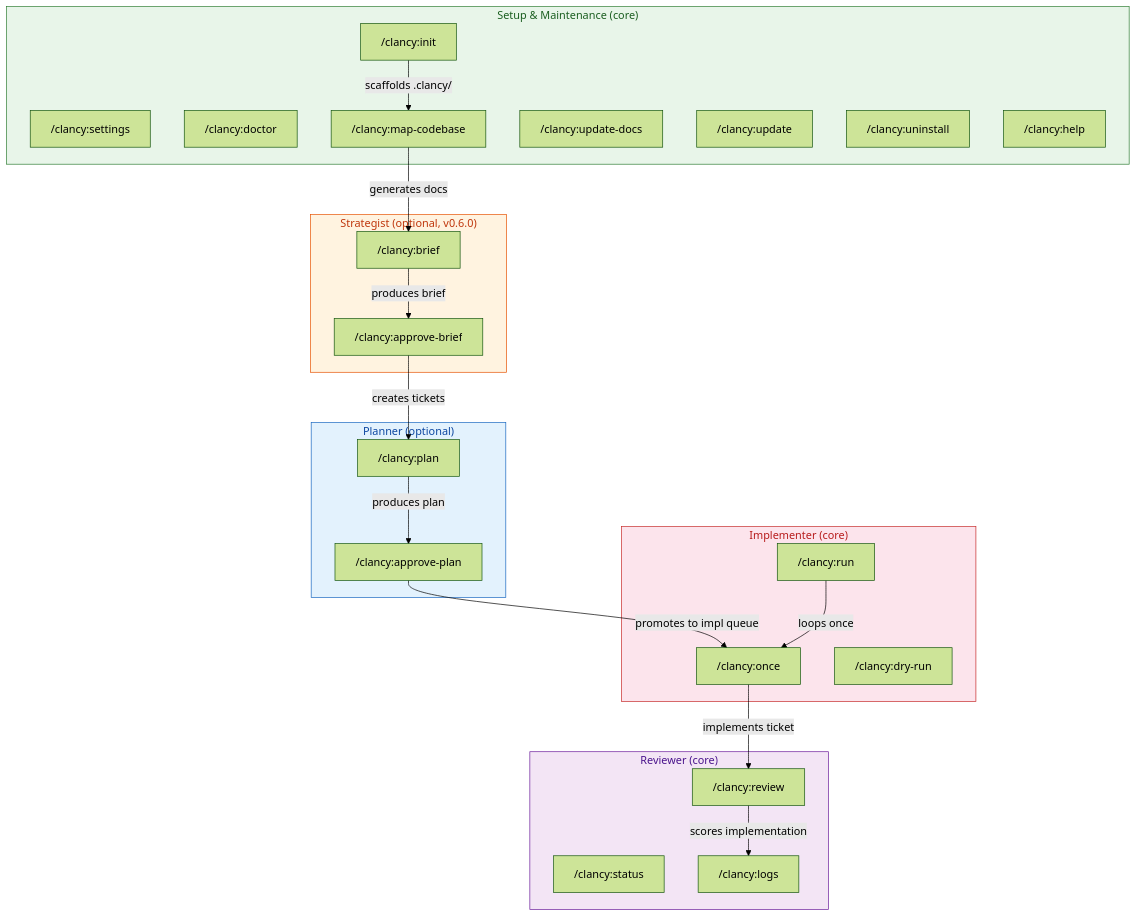
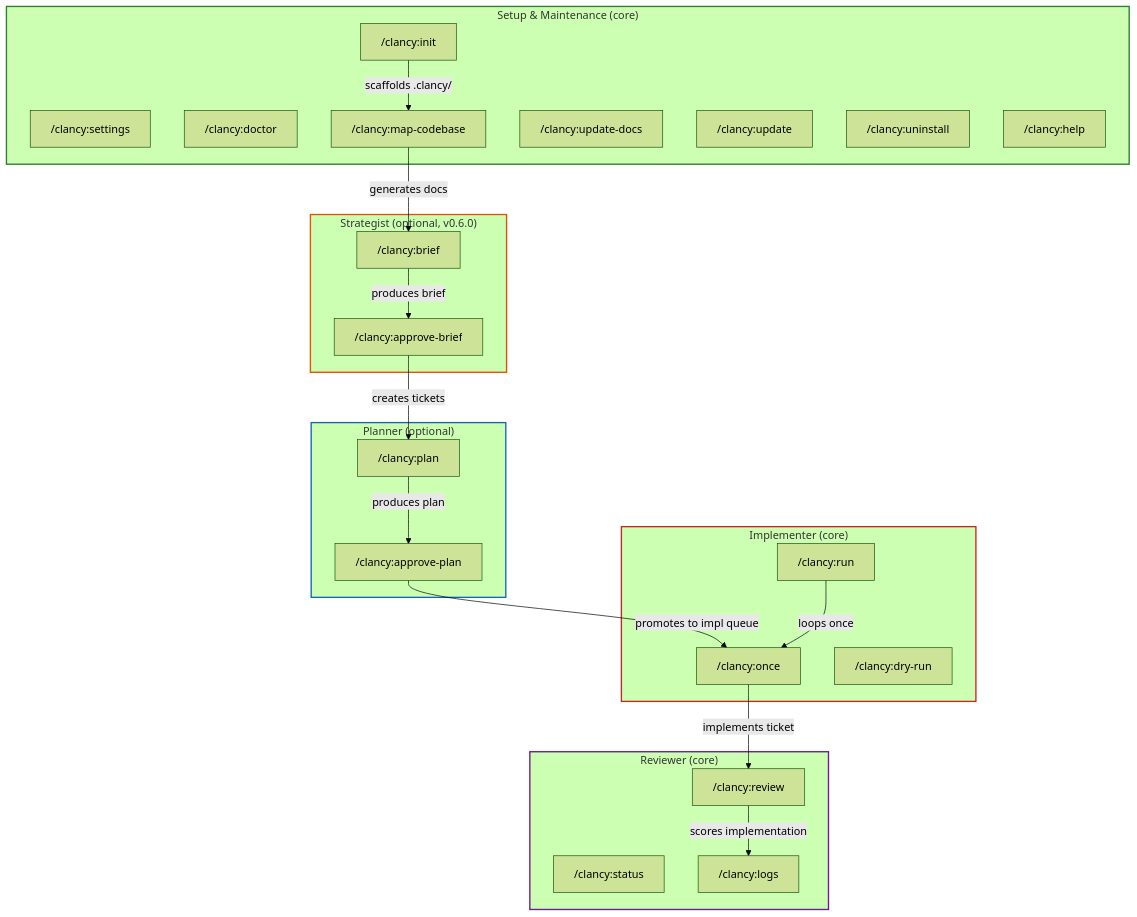
Before and after one commit to Pushedskydiver/clancy: the first of 8 diagrams in docs/VISUAL-ARCHITECTURE.md, drawn with Mermaid (forest theme). The commit also changed other lines of this file, not shown here.

First line of the commit message:
💄 style: switch diagrams to stroke-only styling

````diff
--- a/docs/VISUAL-ARCHITECTURE.md
+++ b/docs/VISUAL-ARCHITECTURE.md
@@ -22,51 +22,51 @@
 ```mermaid
 graph TB
     subgraph SETUP["Setup & Maintenance (core)"]
         init["/clancy:init"]
         settings["/clancy:settings"]
         doctor["/clancy:doctor"]
         mapcb["/clancy:map-codebase"]
         updatedocs["/clancy:update-docs"]
         update["/clancy:update"]
         uninstall["/clancy:uninstall"]
         help["/clancy:help"]
     end
 
     subgraph STRATEGIST["Strategist (optional, v0.6.0)"]
         brief["/clancy:brief"]
         approvebrief["/clancy:approve-brief"]
     end
 
     subgraph PLANNER["Planner (optional)"]
         plan["/clancy:plan"]
         approveplan["/clancy:approve-plan"]
     end
 
     subgraph IMPLEMENTER["Implementer (core)"]
         once["/clancy:once"]
         run["/clancy:run"]
         dryrun["/clancy:dry-run"]
     end
 
     subgraph REVIEWER["Reviewer (core)"]
         review["/clancy:review"]
         status["/clancy:status"]
         logs["/clancy:logs"]
     end
 
     init -->|scaffolds .clancy/| mapcb
     mapcb -->|generates docs| brief
     brief -->|produces brief| approvebrief
     approvebrief -->|creates tickets| plan
     plan -->|produces plan| approveplan
     approveplan -->|promotes to impl queue| once
     once -->|implements ticket| review
     run -->|loops once| once
     review -->|scores implementation| logs
 
-    style SETUP fill:#e8f5e9,stroke:#2e7d32,color:#1b5e20
-    style STRATEGIST fill:#fff3e0,stroke:#e65100,color:#bf360c
-    style PLANNER fill:#e3f2fd,stroke:#1565c0,color:#0d47a1
-    style IMPLEMENTER fill:#fce4ec,stroke:#c62828,color:#b71c1c
-    style REVIEWER fill:#f3e5f5,stroke:#6a1b9a,color:#4a148c
+    style SETUP stroke:#2e7d32,stroke-width:2px
+    style STRATEGIST stroke:#e65100,stroke-width:2px
+    style PLANNER stroke:#1565c0,stroke-width:2px
+    style IMPLEMENTER stroke:#c62828,stroke-width:2px
+    style REVIEWER stroke:#6a1b9a,stroke-width:2px
 ```
````
